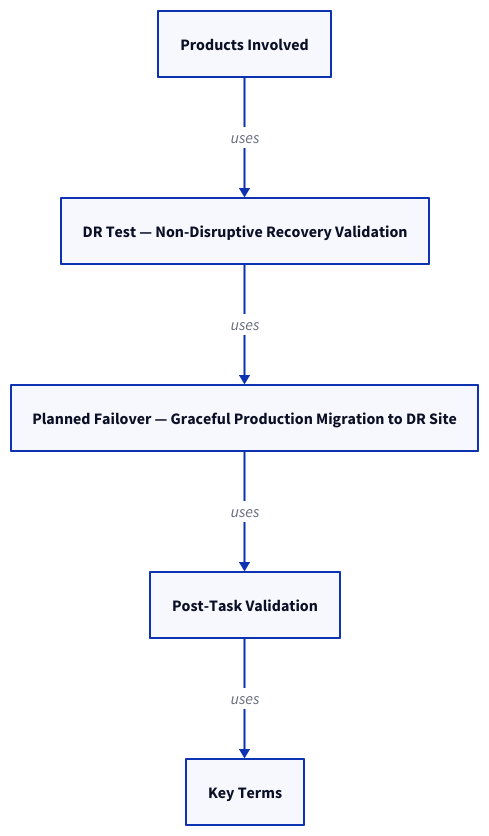
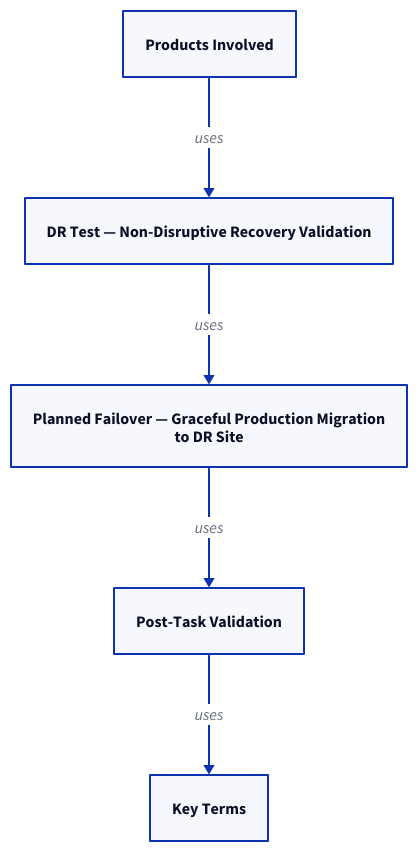
The diagram in docs/virtualization/vmware/topics/scenarios/dr-test-planned-failover.md (canast01/chris-kb), drawn with D2 before and after one commit. The commit also changed 192 other files, not shown here.

````diff
--- a/docs/virtualization/vmware/topics/scenarios/dr-test-planned-failover.md
+++ b/docs/virtualization/vmware/topics/scenarios/dr-test-planned-failover.md
@@ -22,14 +22,14 @@
 ```d2
 direction: down
 
 products_involved: "Products Involved" {shape: rectangle}
 dr_test_nondisruptive_recovery_valid: "DR Test — Non-Disruptive Recovery Validation" {shape: rectangle}
-planned_failover_graceful_production: "Planned Failover — Graceful Production Migration to DR Site" {shape: rectangle}
+planned_failover_graceful_production: "Planned Failover — Graceful Production Migration\nto DR Site" {shape: rectangle}
 posttask_validation: "Post-Task Validation" {shape: rectangle}
 key_terms: "Key Terms" {shape: rectangle}
 
 products_involved -> dr_test_nondisruptive_recovery_valid: uses
 dr_test_nondisruptive_recovery_valid -> planned_failover_graceful_production: uses
 planned_failover_graceful_production -> posttask_validation: uses
 posttask_validation -> key_terms: uses
 ```
````
